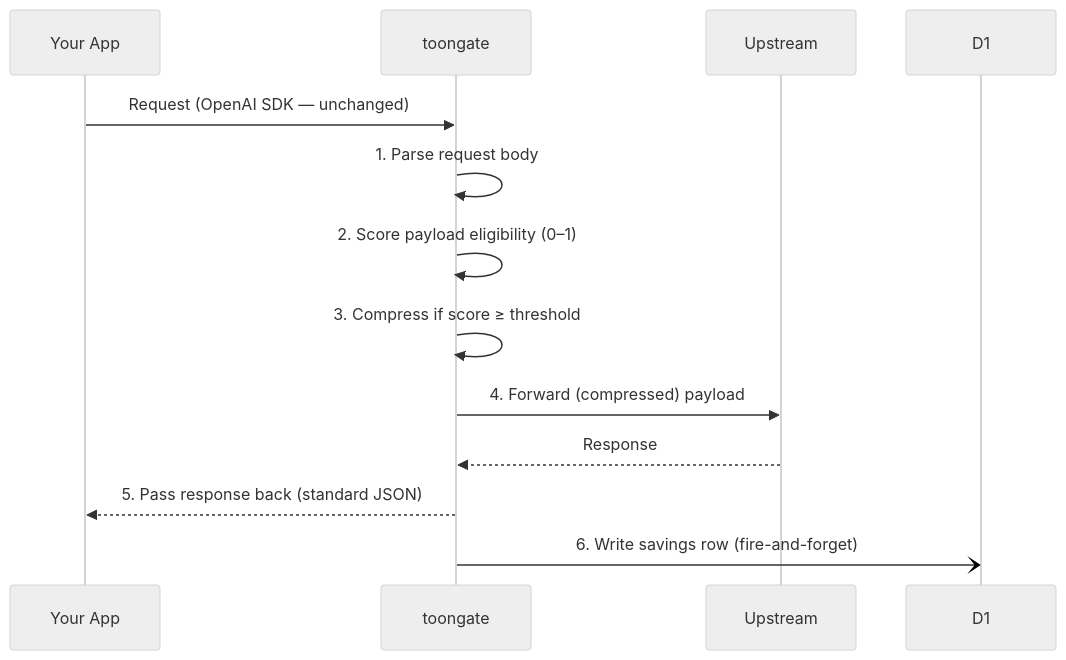
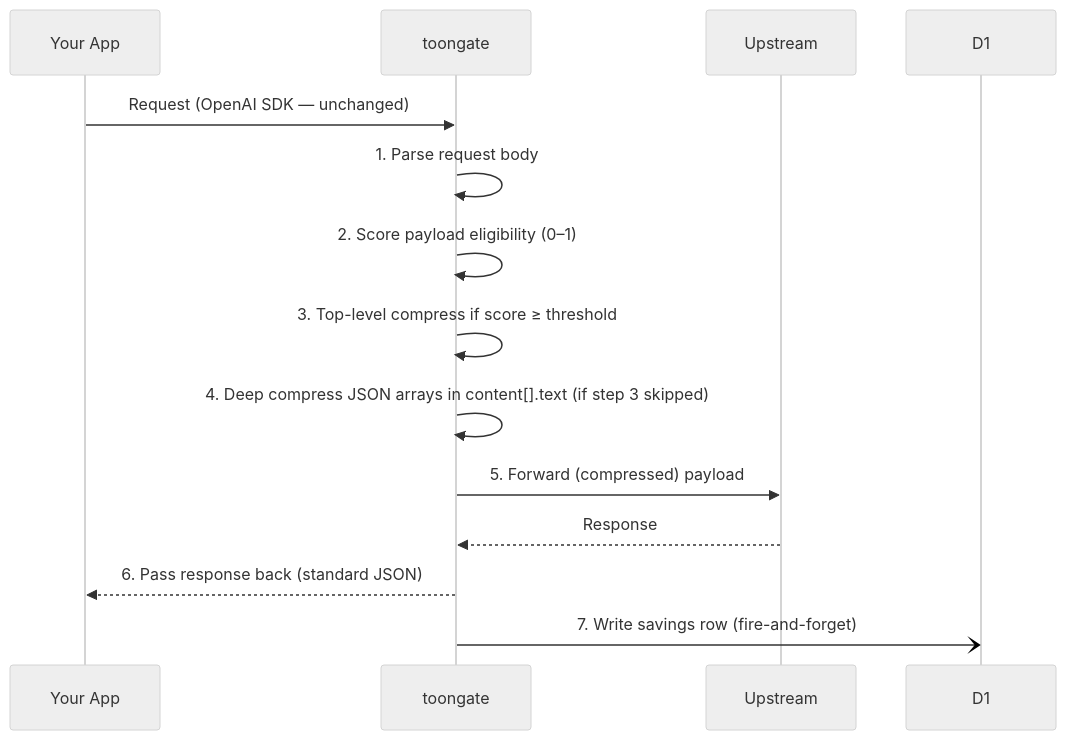
The first of 2 diagrams in docs/getting-started/how-it-works.mdx (AnuwatThisuka/toongate), drawn with Mermaid (neutral theme) before and after one commit. The commit also changed other lines of this file and 4 other files, not shown here.

````diff
--- a/docs/getting-started/how-it-works.mdx
+++ b/docs/getting-started/how-it-works.mdx
@@ -10,16 +10,17 @@
 ```mermaid
 sequenceDiagram
     participant App as Your App
     participant TG as toongate
     participant US as Upstream
     participant D1
 
     App->>TG: Request (OpenAI SDK — unchanged)
     TG->>TG: 1. Parse request body
     TG->>TG: 2. Score payload eligibility (0–1)
-    TG->>TG: 3. Compress if score ≥ threshold
-    TG->>US: 4. Forward (compressed) payload
+    TG->>TG: 3. Top-level compress if score ≥ threshold
+    TG->>TG: 4. Deep compress JSON arrays in content[].text (if step 3 skipped)
+    TG->>US: 5. Forward (compressed) payload
     US-->>TG: Response
-    TG-->>App: 5. Pass response back (standard JSON)
-    TG-)D1: 6. Write savings row (fire-and-forget)
+    TG-->>App: 6. Pass response back (standard JSON)
+    TG-)D1: 7. Write savings row (fire-and-forget)
 ```
````
